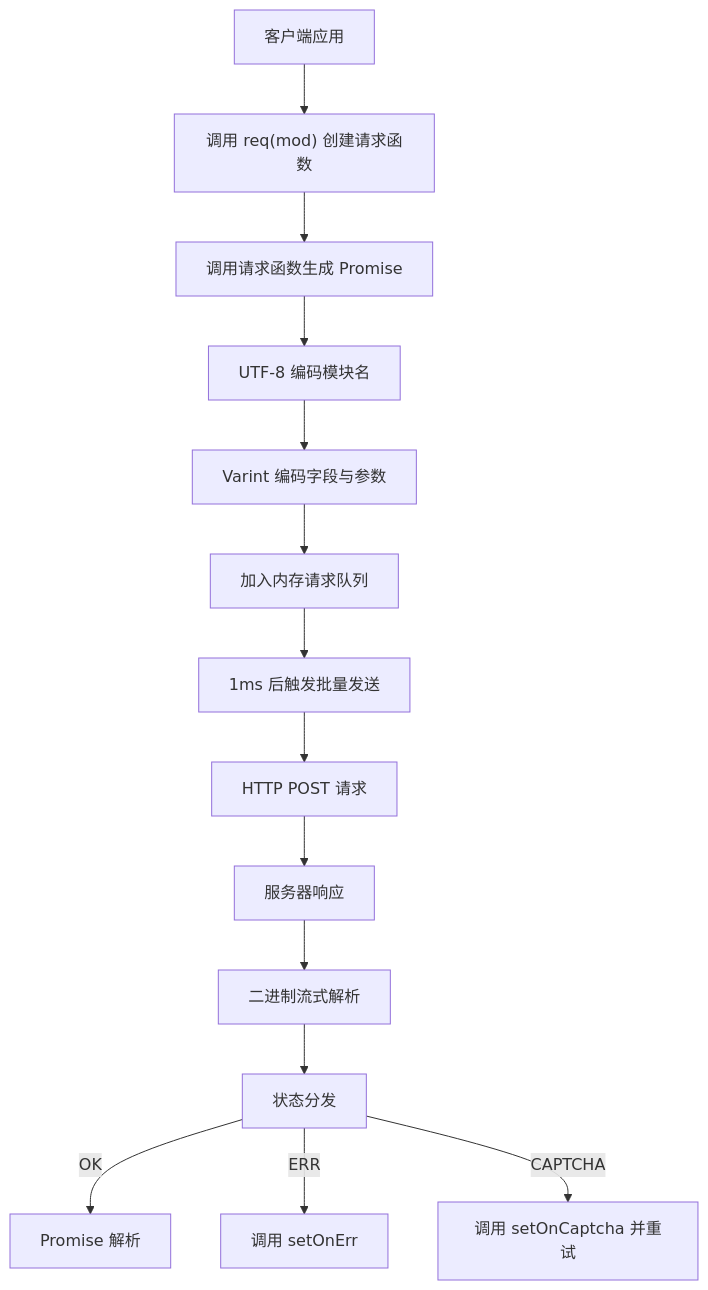
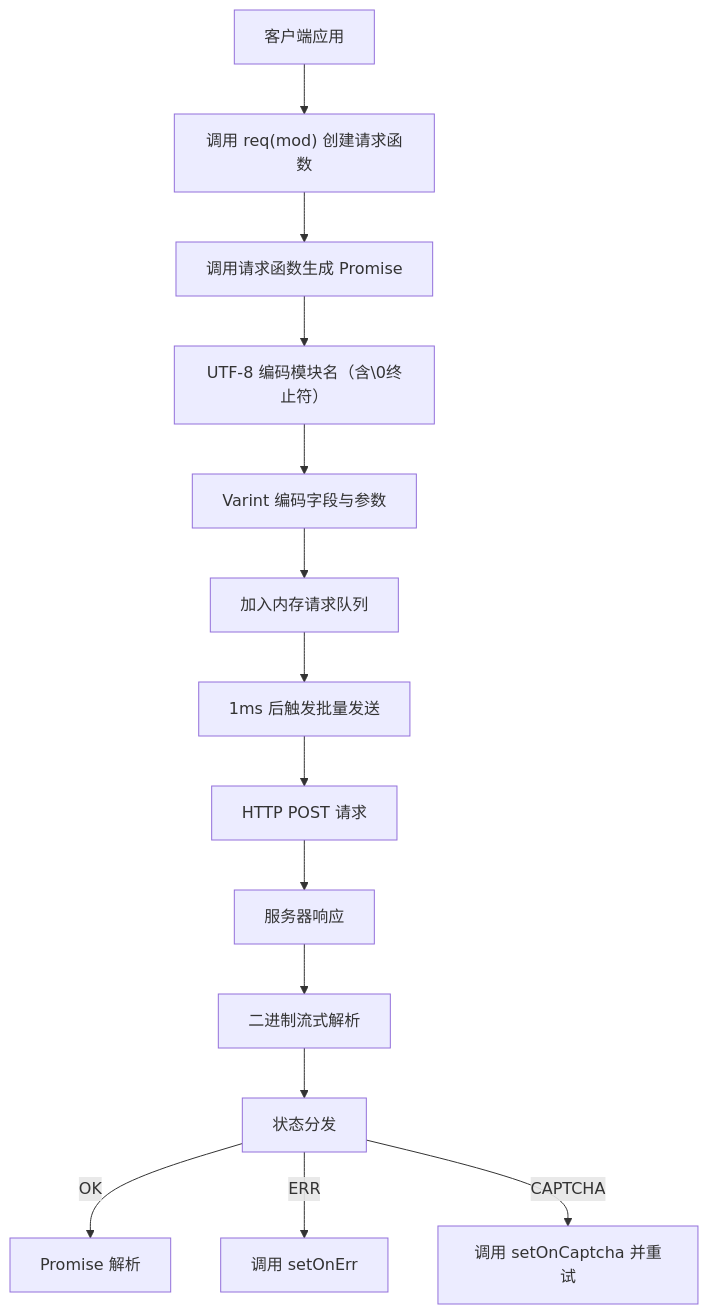
The diagram in protoapi/readme/zh/README.md (webc-site/npm), drawn with Mermaid before and after one commit. The commit also changed other lines of this file and 2 other files, not shown here.

Commit message:
chore: format package.json arrays and update README documentation for module name encoding and line count accuracy

````diff
--- a/protoapi/readme/zh/README.md
+++ b/protoapi/readme/zh/README.md
@@ -52,16 +52,16 @@
 ```mermaid
 graph TD
   A["客户端应用"] --> B["调用 req(mod) 创建请求函数"]
   B --> C["调用请求函数生成 Promise"]
-  C --> D["UTF-8 编码模块名"]
+  C --> D["UTF-8 编码模块名（含\0终止符）"]
   D --> E["Varint 编码字段与参数"]
   E --> F["加入内存请求队列"]
   F --> G["1ms 后触发批量发送"]
   G --> H["HTTP POST 请求"]
   H --> I["服务器响应"]
   I --> J["二进制流式解析"]
   J --> K["状态分发"]
   K -->|OK| L["Promise 解析"]
   K -->|ERR| M["调用 setOnErr"]
   K -->|CAPTCHA| N["调用 setOnCaptcha 并重试"]
 ```
````
